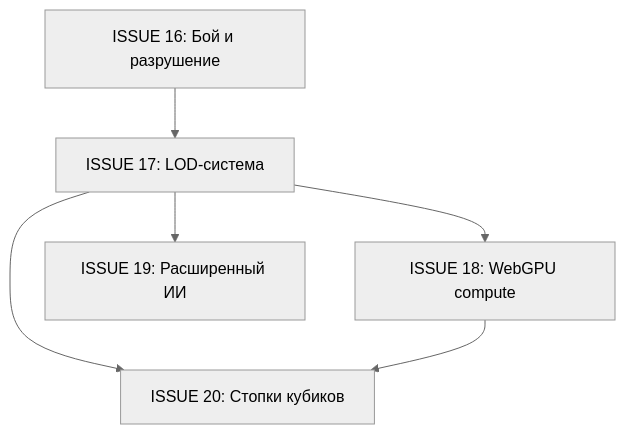
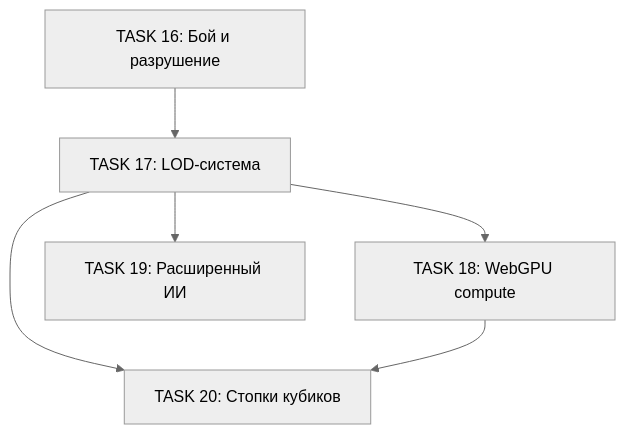
One commit to konard/netkeep80-isocubic changed the diagram in docs/phases/phase-3-optimization.md. Above: the diagram before and after it, drawn with Mermaid (neutral theme). The commit also changed other lines of this file and 6 other files, not shown here.

First line of the commit message:
docs: replace ISSUE with TASK terminology throughout documentation

````diff
--- a/docs/phases/phase-3-optimization.md
+++ b/docs/phases/phase-3-optimization.md
@@ -117,8 +117,8 @@
 ```mermaid
 graph TD
-    I16[ISSUE 16: Бой и разрушение] --> I17[ISSUE 17: LOD-система]
-    I17 --> I18[ISSUE 18: WebGPU compute]
-    I17 --> I19[ISSUE 19: Расширенный ИИ]
-    I17 --> I20[ISSUE 20: Стопки кубиков]
-    I18 --> I20
+    T16[TASK 16: Бой и разрушение] --> T17[TASK 17: LOD-система]
+    T17 --> T18[TASK 18: WebGPU compute]
+    T17 --> T19[TASK 19: Расширенный ИИ]
+    T17 --> T20[TASK 20: Стопки кубиков]
+    T18 --> T20
 ```
````
